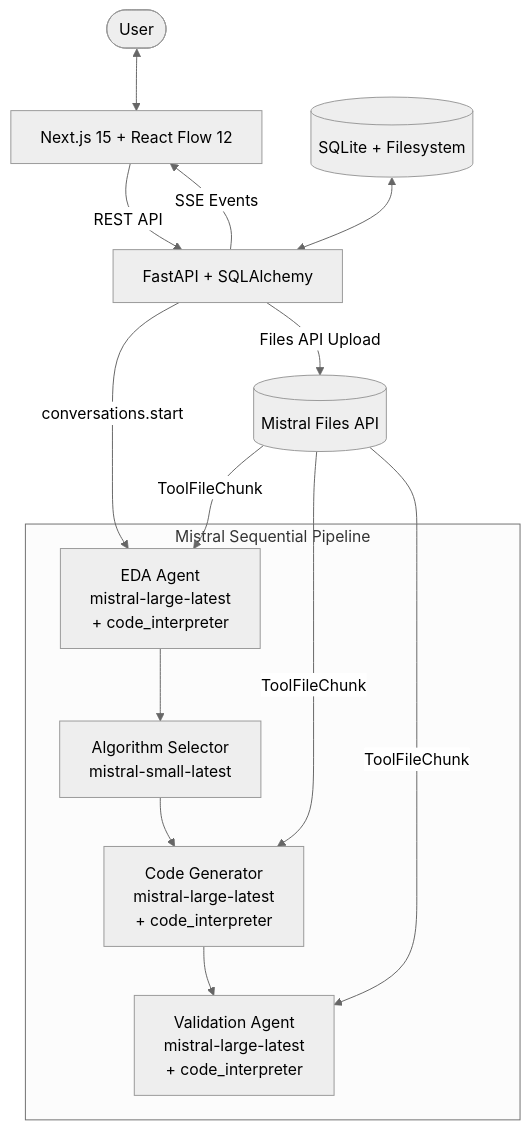
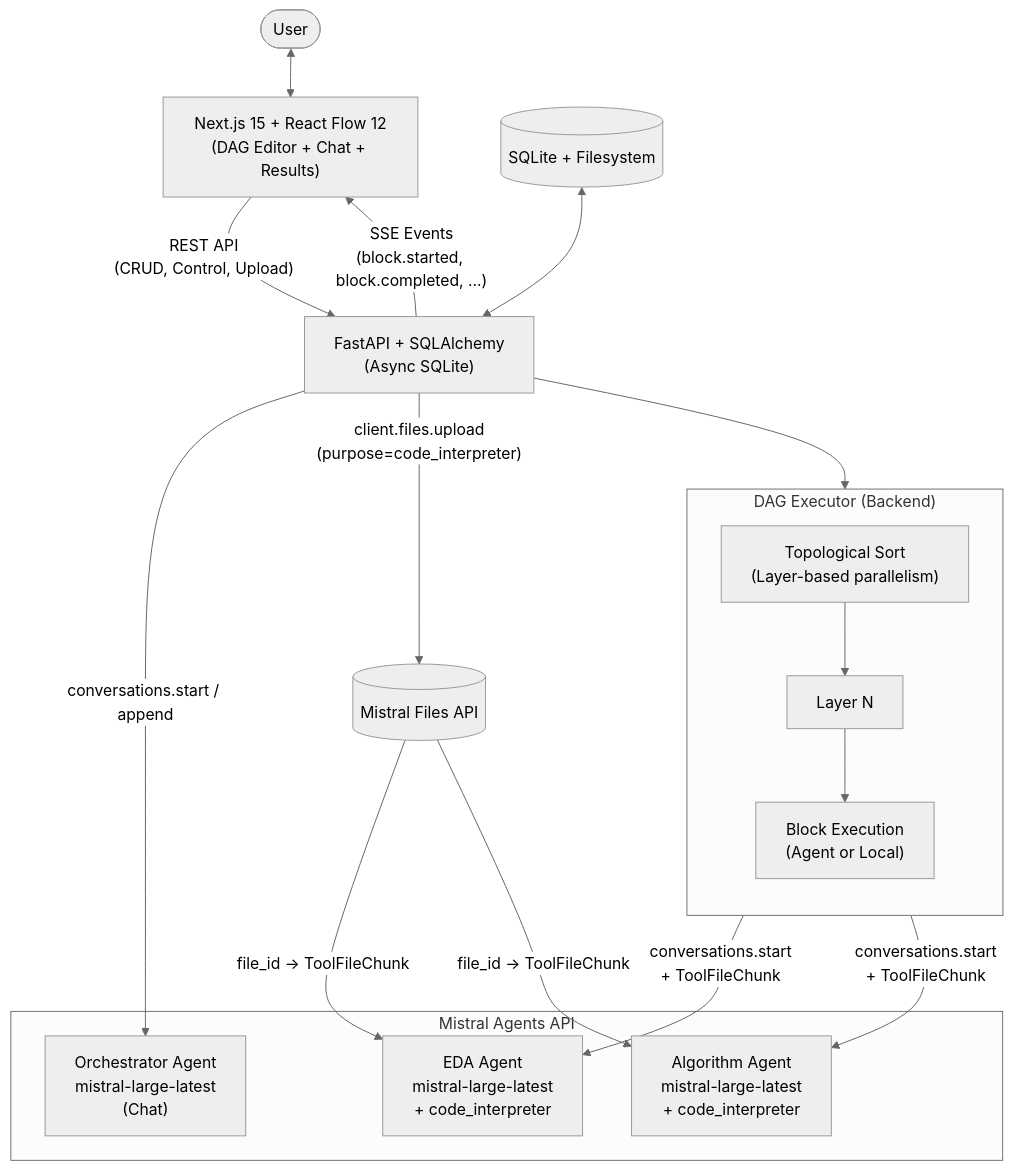
Before and after one commit to Kacper0199/anomalistral: the diagram in README.md, drawn with Mermaid (neutral theme). The commit also changed other lines of this file and 12 other files, not shown here.

````diff
--- a/README.md
+++ b/README.md
@@ -18,22 +97,27 @@
 ```mermaid
 graph TD
-    User([User]) <--> Frontend[Next.js 15 + React Flow 12]
-    Frontend -- REST API --> Backend[FastAPI + SQLAlchemy]
-    Backend -- SSE Events --> Frontend
+    User([User]) <--> Frontend["Next.js 15 + React Flow 12<br/>(DAG Editor + Chat + Results)"]
+    Frontend -- "REST API<br/>(CRUD, Control, Upload)" --> Backend["FastAPI + SQLAlchemy<br/>(Async SQLite)"]
+    Backend -- "SSE Events<br/>(block.started, block.completed, ...)" --> Frontend
 
-    subgraph "Mistral Sequential Pipeline"
-        EDA[EDA Agent<br/>mistral-large-latest<br/>+ code_interpreter]
-        Algo[Algorithm Selector<br/>mistral-small-latest]
-        CodeGen[Code Generator<br/>mistral-large-latest<br/>+ code_interpreter]
-        Validator[Validation Agent<br/>mistral-large-latest<br/>+ code_interpreter]
-
-        EDA --> Algo --> CodeGen --> Validator
+    subgraph "DAG Executor (Backend)"
+        direction TB
+        Topo["Topological Sort<br/>(Layer-based parallelism)"] --> Layer1["Layer N"]
+        Layer1 --> Block1["Block Execution<br/>(Agent or Local)"]
     end
 
-    Backend -- conversations.start --> EDA
-    Backend -- Files API Upload --> MistralFiles[(Mistral Files API)]
-    MistralFiles -- ToolFileChunk --> EDA
-    MistralFiles -- ToolFileChunk --> CodeGen
-    MistralFiles -- ToolFileChunk --> Validator
+    subgraph "Mistral Agents API"
+        EDA["EDA Agent<br/>mistral-large-latest<br/>+ code_interpreter"]
+        Algo["Algorithm Agent<br/>mistral-large-latest<br/>+ code_interpreter"]
+        Orch["Orchestrator Agent<br/>mistral-large-latest<br/>(Chat)"]
+    end
+
+    Backend --> Topo
+    Block1 -- "conversations.start<br/>+ ToolFileChunk" --> EDA
+    Block1 -- "conversations.start<br/>+ ToolFileChunk" --> Algo
+    Backend -- "conversations.start / append" --> Orch
+    Backend -- "client.files.upload<br/>(purpose=code_interpreter)" --> Files[(Mistral Files API)]
+    Files -- "file_id → ToolFileChunk" --> EDA
+    Files -- "file_id → ToolFileChunk" --> Algo
     Storage[(SQLite + Filesystem)] <--> Backend
 ```
````
